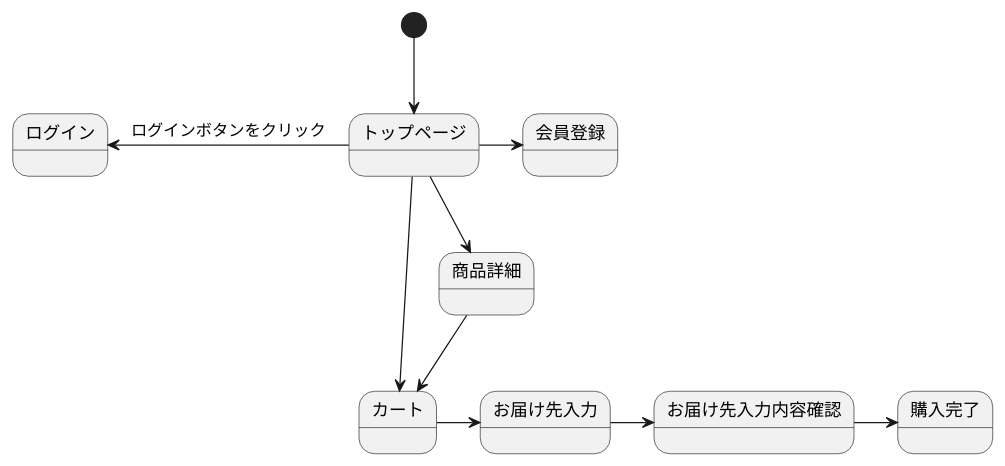
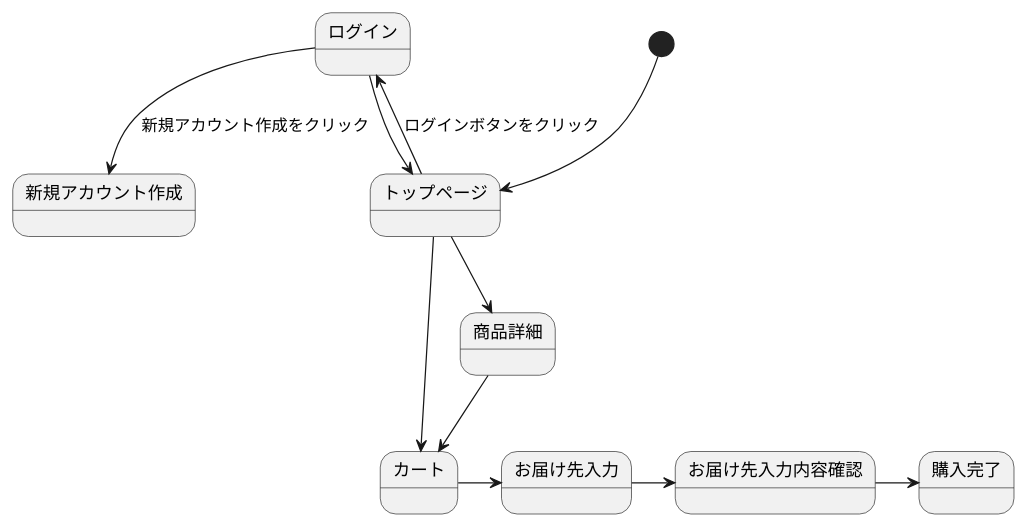
Before and after one commit to Aso2001133/2021sys-design: the diagram in sumple_01.md, drawn with PlantUML.

````diff
--- a/sumple_01.md
+++ b/sumple_01.md
@@ -1,13 +1,14 @@
 ```uml
 @startuml
 [*] --> トップページ
-トップページ -> 会員登録
 トップページ -left-> ログイン : ログインボタンをクリック
 トップページ --> カート
 トップページ --> 商品詳細
+ログイン --> トップページ
+ログイン --> 新規アカウント作成 :新規アカウント作成をクリック
 商品詳細 --> カート
 カート -> お届け先入力
 お届け先入力 -> お届け先入力内容確認
 お届け先入力内容確認 -> 購入完了
 @enduml
 ```
````
